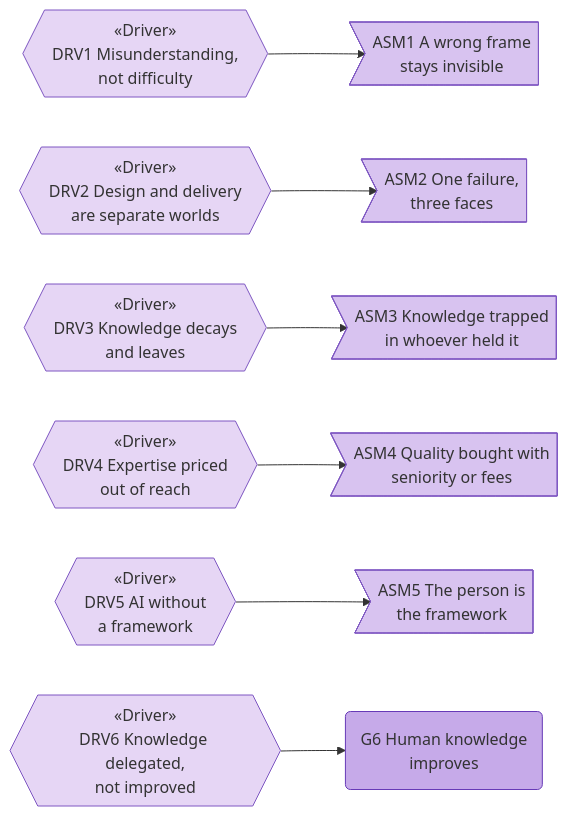
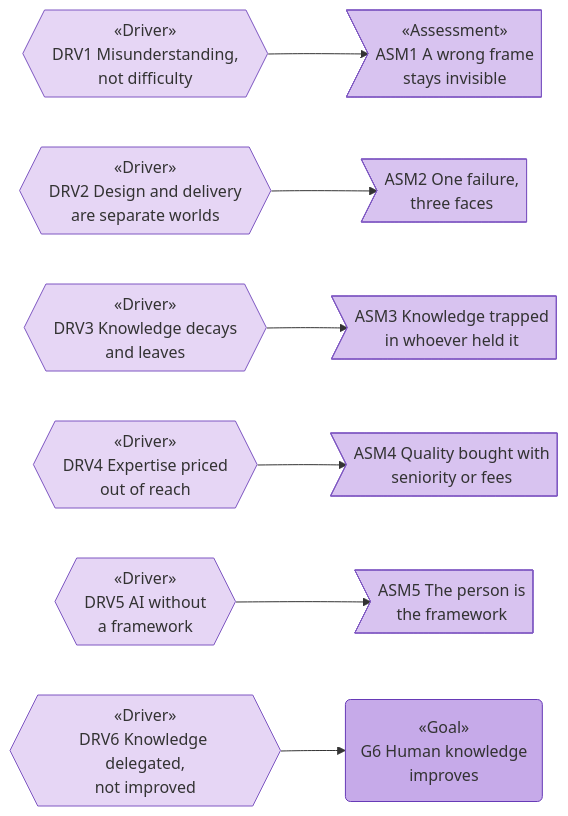
One commit to roanboc/architecture-archreator changed the third of 7 diagrams in organization/docs/ea/1_strategy/1_motivation.md. Above: the diagram before and after it, drawn with Mermaid. The commit also changed other lines of this file and 2 other files, not shown here.

First line of the commit message:
docs: extend diagram-first notation to capabilities and the value stream

````diff
--- a/organization/docs/ea/1_strategy/1_motivation.md
+++ b/organization/docs/ea/1_strategy/1_motivation.md
@@ -105,28 +125,28 @@
 ```mermaid
 flowchart LR
   drv1{{"«Driver»<br>DRV1 Misunderstanding,<br>not difficulty"}}:::driver
   drv2{{"«Driver»<br>DRV2 Design and delivery<br>are separate worlds"}}:::driver
   drv3{{"«Driver»<br>DRV3 Knowledge decays<br>and leaves"}}:::driver
   drv4{{"«Driver»<br>DRV4 Expertise priced<br>out of reach"}}:::driver
   drv5{{"«Driver»<br>DRV5 AI without<br>a framework"}}:::driver
   drv6{{"«Driver»<br>DRV6 Knowledge delegated,<br>not improved"}}:::driver
 
-  asm1>"ASM1 A wrong frame<br>stays invisible"]:::assessment
+  asm1>"«Assessment»<br>ASM1 A wrong frame<br>stays invisible"]:::assessment
   asm2>"ASM2 One failure,<br>three faces"]:::assessment
   asm3>"ASM3 Knowledge trapped<br>in whoever held it"]:::assessment
   asm4>"ASM4 Quality bought with<br>seniority or fees"]:::assessment
   asm5>"ASM5 The person is<br>the framework"]:::assessment
 
-  g6("G6 Human knowledge<br>improves"):::goal
+  g6("«Goal»<br>G6 Human knowledge<br>improves"):::goal
 
   drv1 --> asm1
   drv2 --> asm2
   drv3 --> asm3
   drv4 --> asm4
   drv5 --> asm5
   drv6 --> g6
 
   classDef driver fill:#e6d6f5,stroke:#7e57c2,color:#333
   classDef assessment fill:#d8c3f0,stroke:#7e57c2,color:#333
   classDef goal fill:#c6aae9,stroke:#673ab7,color:#333
 ```
````
